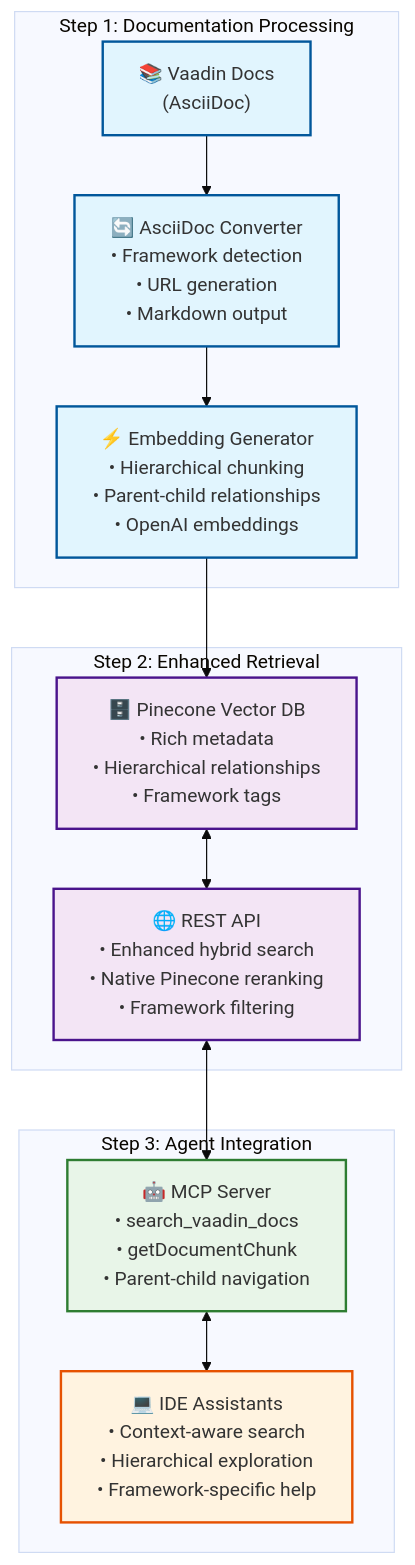
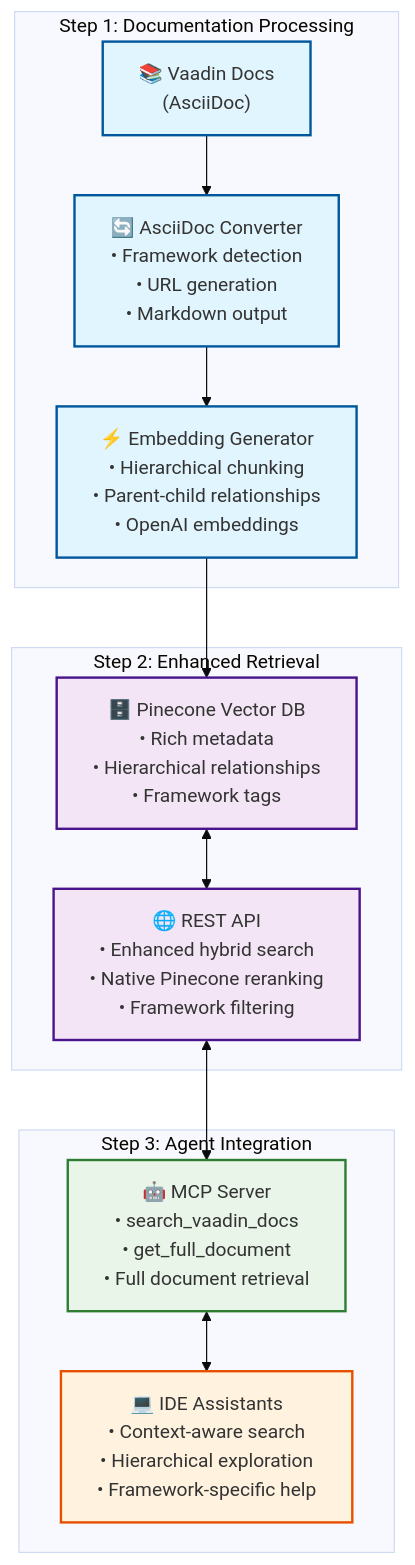
The diagram in README.md (vaadin/vaadin-mcp), drawn with Mermaid (base theme) before and after one commit. The commit also changed other lines of this file and 5 other files, not shown here.

First line of the commit message:
fix: standardize MCP server parameter and tool naming

````diff
--- a/README.md
+++ b/README.md
@@ -32,35 +32,35 @@
 ```mermaid
 flowchart TD
     subgraph "Step 1: Documentation Processing"
         VaadinDocs["📚 Vaadin Docs<br/>(AsciiDoc)"] 
         Converter["🔄 AsciiDoc Converter<br/>• Framework detection<br/>• URL generation<br/>• Markdown output"]
         Processor["⚡ Embedding Generator<br/>• Hierarchical chunking<br/>• Parent-child relationships<br/>• OpenAI embeddings"]
     end
 
     subgraph "Step 2: Enhanced Retrieval"
         Pinecone["🗄️ Pinecone Vector DB<br/>• Rich metadata<br/>• Hierarchical relationships<br/>• Framework tags"]
         RestAPI["🌐 REST API<br/>• Enhanced hybrid search<br/>• Native Pinecone reranking<br/>• Framework filtering"]
     end
 
     subgraph "Step 3: Agent Integration"
-        MCP["🤖 MCP Server<br/>• search_vaadin_docs<br/>• getDocumentChunk<br/>• Parent-child navigation"]
+        MCP["🤖 MCP Server<br/>• search_vaadin_docs<br/>• get_full_document<br/>• Full document retrieval"]
         IDEs["💻 IDE Assistants<br/>• Context-aware search<br/>• Hierarchical exploration<br/>• Framework-specific help"]
     end
 
     VaadinDocs --> Converter
     Converter --> Processor
     Processor --> Pinecone
     Pinecone <--> RestAPI
     RestAPI <--> MCP
     MCP <--> IDEs
 
     classDef processing fill:#e1f5fe,stroke:#01579b,stroke-width:2px
     classDef storage fill:#f3e5f5,stroke:#4a148c,stroke-width:2px
     classDef api fill:#e8f5e8,stroke:#2e7d32,stroke-width:2px
     classDef agent fill:#fff3e0,stroke:#e65100,stroke-width:2px
 
     class VaadinDocs,Converter,Processor processing
     class Pinecone,RestAPI storage
     class MCP api
     class IDEs agent
 ```
````
